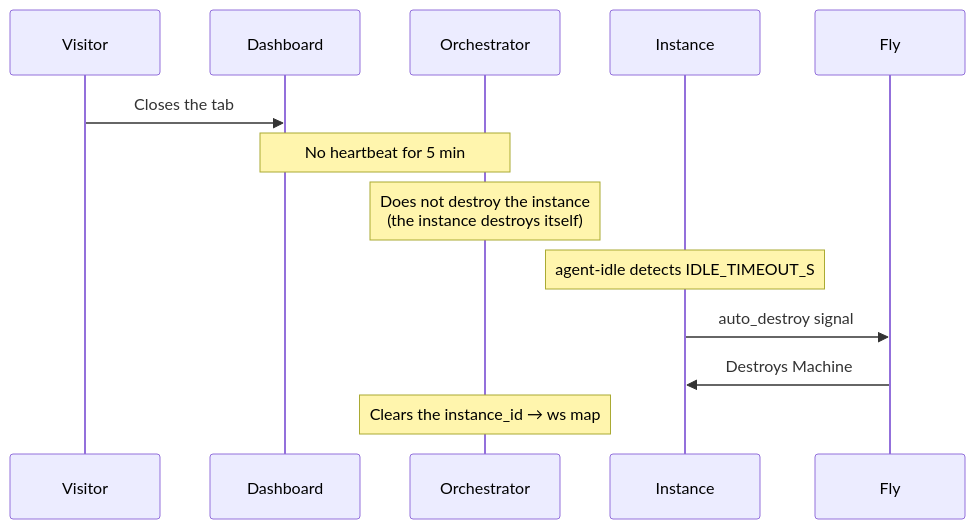
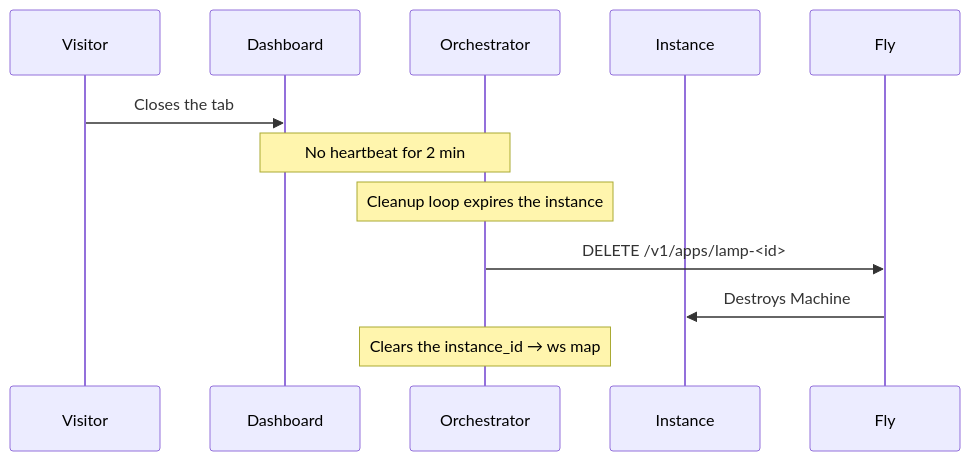
One commit to Feyk1/SmartLamp changed the seventh of 8 diagrams in docs/01-general-architecture.md. Above: the diagram before and after it, drawn with Mermaid. The commit also changed other lines of this file and 8 other files, not shown here.

````diff
--- a/docs/01-general-architecture.md
+++ b/docs/01-general-architecture.md
@@ -400,16 +400,15 @@
 ```mermaid
 sequenceDiagram
   participant U as Visitor
   participant P as Dashboard
   participant O as Orchestrator
   participant I as Instance
   participant M as Fly
 
   U->>P: Closes the tab
-  Note over P,O: No heartbeat for 5 min
-  Note over O: Does not destroy the instance<br/>(the instance destroys itself)
-  Note over I: agent-idle detects IDLE_TIMEOUT_S
-  I->>M: auto_destroy signal
+  Note over P,O: No heartbeat for 2 min
+  Note over O: Cleanup loop expires the instance
+  O->>M: DELETE /v1/apps/lamp-<id>
   M->>I: Destroys Machine
   Note over O: Clears the instance_id → ws map
 ```
````
